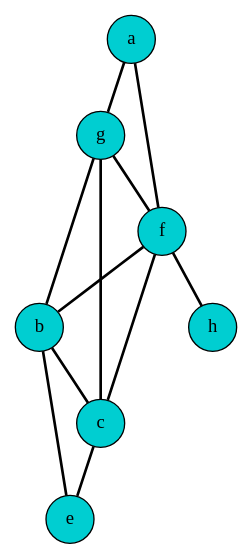
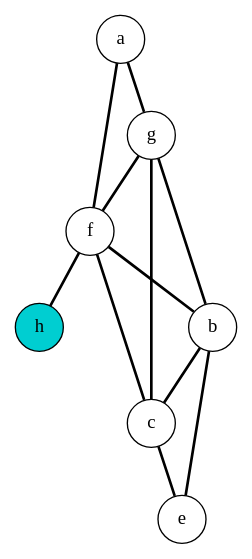
The diagram in build/classes/Imagenes/GrafoNodos.dot (oscarc99/EDD_DIC_2019_PY2_201709140-), drawn with Graphviz before and after one commit. The commit also changed 183 other files, not shown here.

```diff
--- a/build/classes/Imagenes/GrafoNodos.dot
+++ b/build/classes/Imagenes/GrafoNodos.dot
@@ -1,22 +1,16 @@
  digraph G{ 
  node [shape=circle]; 
-a[label ="a" style = filled  fillcolor ="darkturquoise"] 
-g[label ="g" style = filled  fillcolor ="darkturquoise"] 
-f[label ="f" style = filled  fillcolor ="darkturquoise"] 
-b[label ="b" style = filled  fillcolor ="darkturquoise"] 
-c[label ="c" style = filled  fillcolor ="darkturquoise"] 
-e[label ="e" style = filled  fillcolor ="darkturquoise"] 
 h[label ="h" style = filled  fillcolor ="darkturquoise"] 
 a -> g[penwidth=2, arrowhead=none] ; 
 a -> f[penwidth=2, arrowhead=none] ; 
 g -> b[penwidth=2, arrowhead=none] ; 
 g -> c[penwidth=2, arrowhead=none] ; 
 g -> f[penwidth=2, arrowhead=none] ; 
 f -> b[penwidth=2, arrowhead=none] ; 
 f -> h[penwidth=2, arrowhead=none] ; 
 f -> c[penwidth=2, arrowhead=none] ; 
 b -> c[penwidth=2, arrowhead=none] ; 
 b -> e[penwidth=2, arrowhead=none] ; 
 c -> e[penwidth=2, arrowhead=none] ; 
 
 }
```
